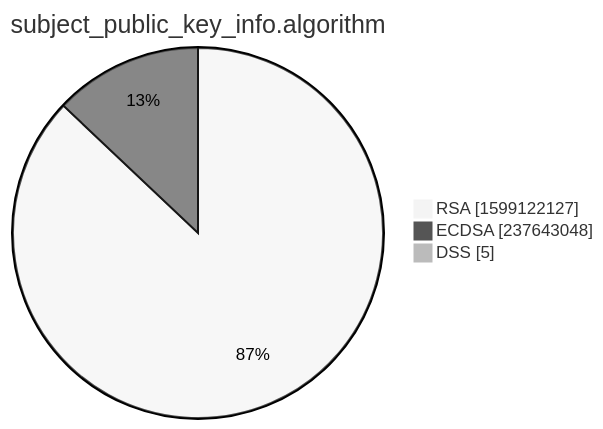
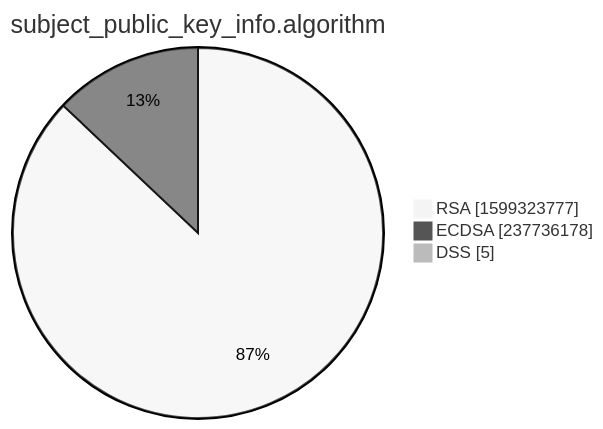
One commit to christiankrug/ctmonitor_visualization changed the third of 15 diagrams in xenon2022/README.md. Above: the diagram before and after it, drawn with Mermaid (neutral theme). The commit also changed other lines of this file, not shown here.

````diff
--- a/xenon2022/README.md
+++ b/xenon2022/README.md
@@ -14,7 +14,7 @@
 ```mermaid
 pie showData
 title subject_public_key_info.algorithm
-"RSA" :1599122127
-"ECDSA" :237643048
+"RSA" :1599323777
+"ECDSA" :237736178
 "DSS" :5
 ```
````
